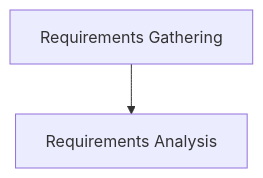
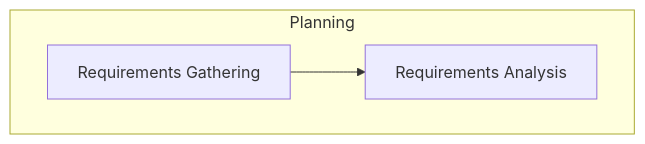
The second of 54 diagrams in temp-charts/flowchart_sequence/README.md (isauravmanitripathi/Animate-Mermaid-Chart), drawn with Mermaid before and after one commit. The commit also changed other lines of this file and 58 other files, not shown here.

Commit message:
added proper working diagrams

````diff
--- a/temp-charts/flowchart_sequence/README.md
+++ b/temp-charts/flowchart_sequence/README.md
@@ -13,4 +13,9 @@
 ```mermaid
 flowchart TD
-A[Requirements Gathering] --> A1[Requirements Analysis]
+    A[Requirements Gathering] --> A1[Requirements Analysis]
+
+subgraph Planning
+A
+A1
+end
 ```
````
